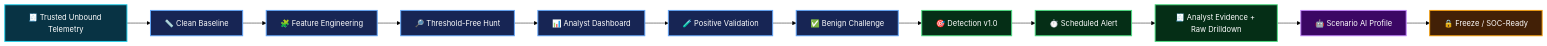
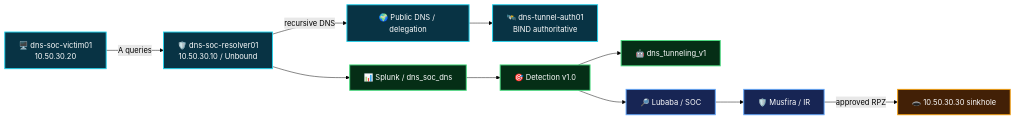
One commit to DNSentinel-Lab/Scenario-04-DNS-Tunneling changed the diagram in README.md. Above: the diagram before and after it, drawn with Mermaid (forest theme). The commit also changed other lines of this file and 1 other file, not shown here.

Commit message:
docs(status): close Scenario 04 end to end

````diff
--- a/README.md
+++ b/README.md
@@ -91,26 +66,21 @@
 ```mermaid
 flowchart LR
-    T["🧾 Trusted Unbound Telemetry"] --> B["📏 Clean Baseline"]
-    B --> F["🧩 Feature Engineering"]
-    F --> H["🔎 Threshold-Free Hunt"]
-    H --> D["📊 Analyst Dashboard"]
-    D --> P["🧪 Positive Validation"]
-    P --> N["✅ Benign Challenge"]
-    N --> R["🎯 Detection v1.0"]
-    R --> A["⏱️ Scheduled Alert"]
-    A --> E["🧾 Analyst Evidence + Raw Drilldown"]
-    E --> AI["🤖 Scenario AI Profile"]
-    AI --> Z["🔒 Freeze / SOC-Ready"]
+    V["🖥️ dns-soc-victim01<br/>10.50.30.20"] -->|A queries| R["🛡️ dns-soc-resolver01<br/>10.50.30.10 / Unbound"]
+    R -->|recursive DNS| P["🌍 Public DNS / delegation"]
+    P --> A["🛰️ dns-tunnel-auth01<br/>BIND authoritative"]
+    R --> S["📊 Splunk / dns_soc_dns"]
+    S --> D["🎯 Detection v1.0"]
+    D --> AI["🤖 dns_tunneling_v1"]
+    D --> SOC["🔎 Lubaba / SOC"]
+    SOC --> IR["🛡️ Musfira / IR"]
+    IR -->|approved RPZ| H["🕳️ 10.50.30.30 sinkhole"]
 
     classDef dns fill:#083344,stroke:#22d3ee,stroke-width:2px,color:#fff;
-    classDef analysis fill:#172554,stroke:#60a5fa,stroke-width:2px,color:#fff;
     classDef detect fill:#052e16,stroke:#4ade80,stroke-width:2px,color:#fff;
-    classDef ai fill:#3b0764,stroke:#c084fc,stroke-width:2px,color:#fff;
-    classDef freeze fill:#422006,stroke:#f59e0b,stroke-width:2px,color:#fff;
-
-    class T dns;
-    class B,F,H,D,P,N analysis;
-    class R,A,E detect;
-    class AI ai;
-    class Z freeze;
+    classDef human fill:#172554,stroke:#60a5fa,stroke-width:2px,color:#fff;
+    classDef response fill:#422006,stroke:#f59e0b,stroke-width:2px,color:#fff;
+    class V,R,P,A dns;
+    class S,D,AI detect;
+    class SOC,IR human;
+    class H response;
 ```
````
